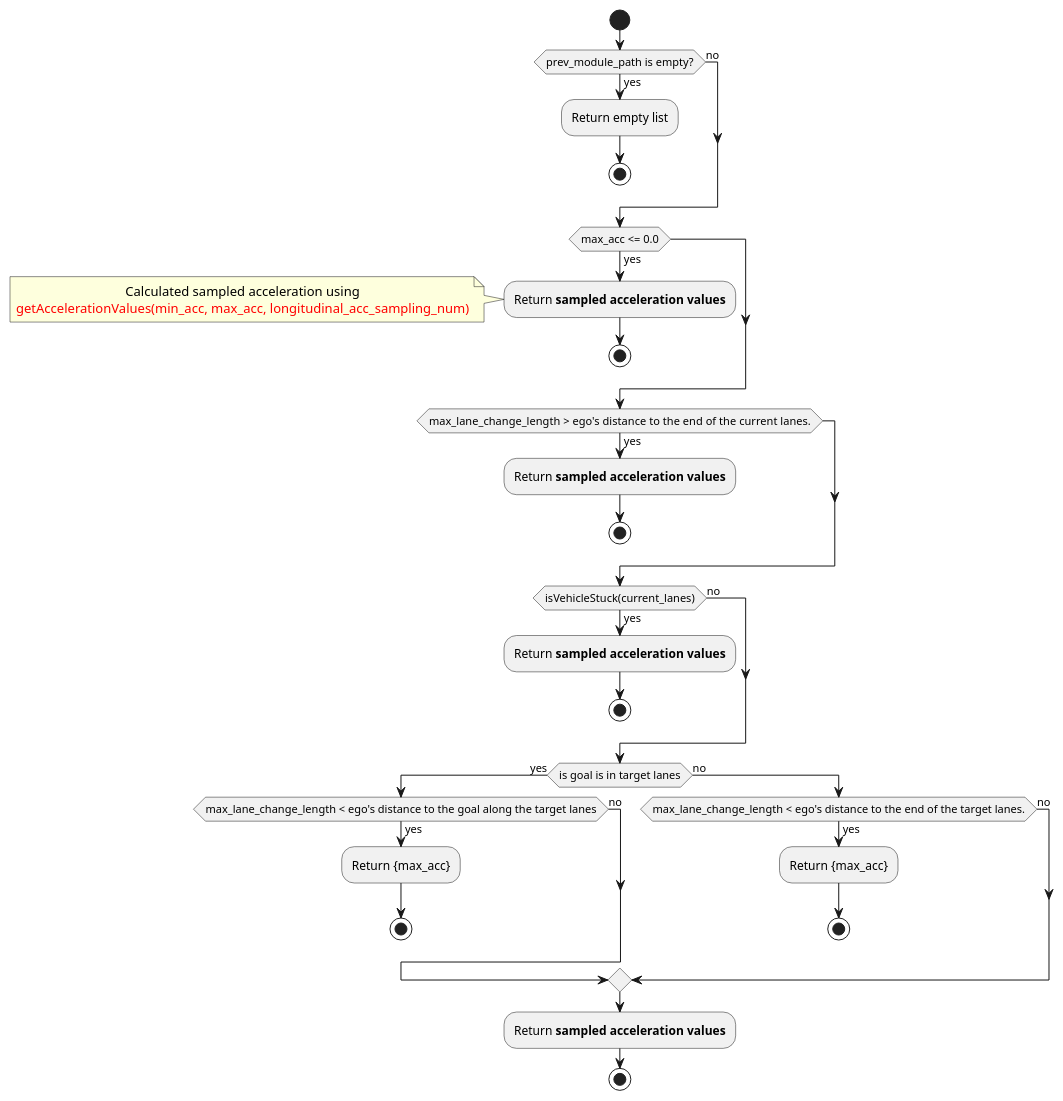
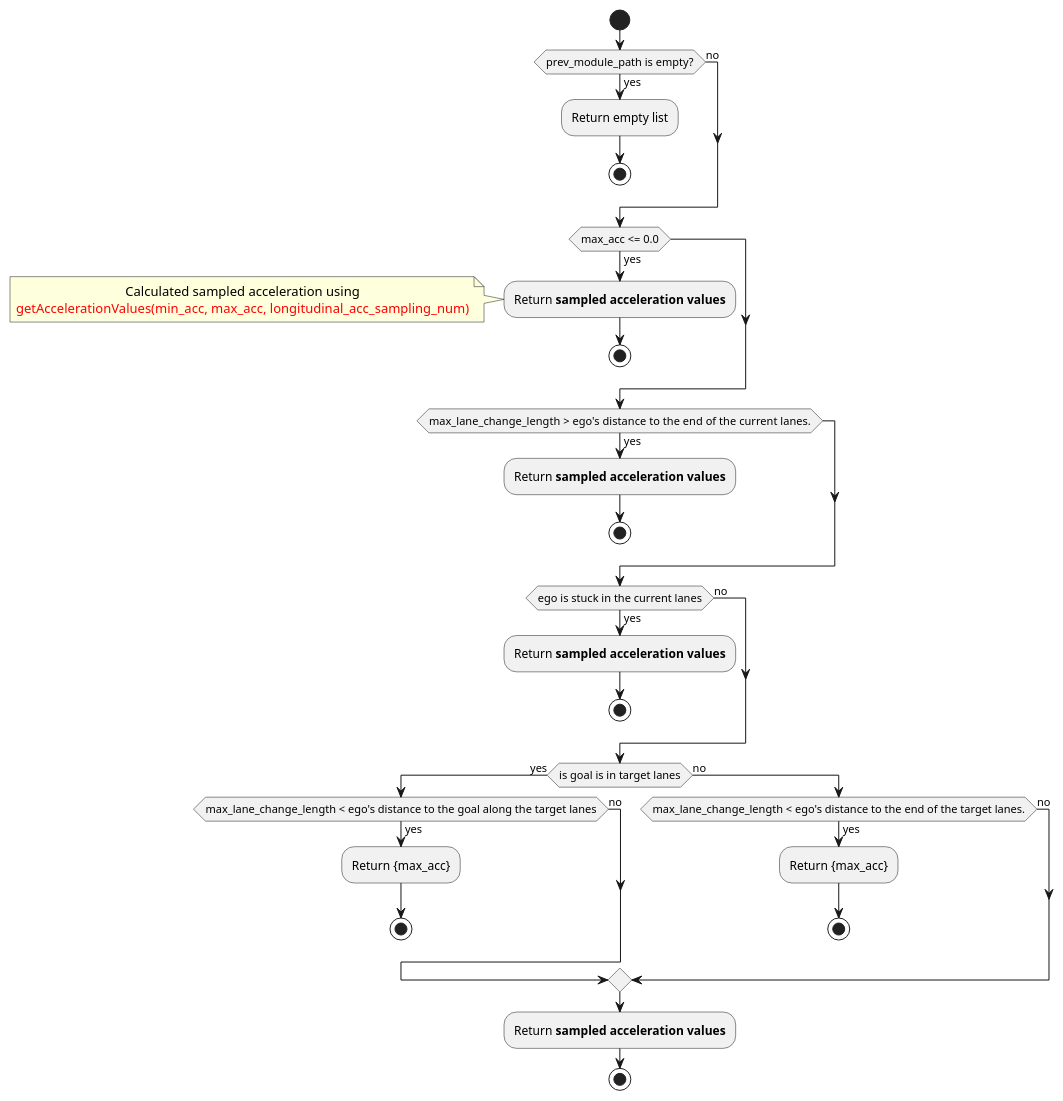
The third of 11 diagrams in planning/behavior_path_planner/autoware_behavior_path_lane_change_module/README.md (tier4/autoware_universe), drawn with PlantUML before and after one commit. The commit also changed other lines of this file and 41 other files, not shown here.

````diff
--- a/planning/behavior_path_planner/autoware_behavior_path_lane_change_module/README.md
+++ b/planning/behavior_path_planner/autoware_behavior_path_lane_change_module/README.md
@@ -72,50 +174,50 @@
 ```plantuml
 @startuml
 skinparam defaultTextAlignment center
 skinparam backgroundColor #WHITE
 
 start
 
 if (prev_module_path is empty?) then (yes)
   :Return empty list;
   stop
 else (no)
 endif
 
 if (max_acc <= 0.0) then (yes)
   :Return **sampled acceleration values**;
   note left: Calculated sampled acceleration using\n<color:red>getAccelerationValues(min_acc, max_acc, longitudinal_acc_sampling_num)</color>
   stop
 endif
 
 if (max_lane_change_length >  ego's distance to the end of the current lanes.) then (yes)
   :Return **sampled acceleration values**;
   stop
 endif
 
-if (isVehicleStuck(current_lanes)) then (yes)
+if (ego is stuck in the current lanes) then (yes)
   :Return **sampled acceleration values**;
   stop
 else (no)
 endif
 
 if (is goal is in target lanes) then (yes)
   if (max_lane_change_length < ego's distance to the goal along the target lanes) then (yes)
     :Return {max_acc};
     stop
   else (no)
   endif
 else (no)
   if (max_lane_change_length < ego's distance to the end of the target lanes.) then (yes)
     :Return {max_acc};
     stop
   else (no)
   endif
 endif
 
 :Return **sampled acceleration values**;
 stop
 
 @enduml
 
 ```
````
